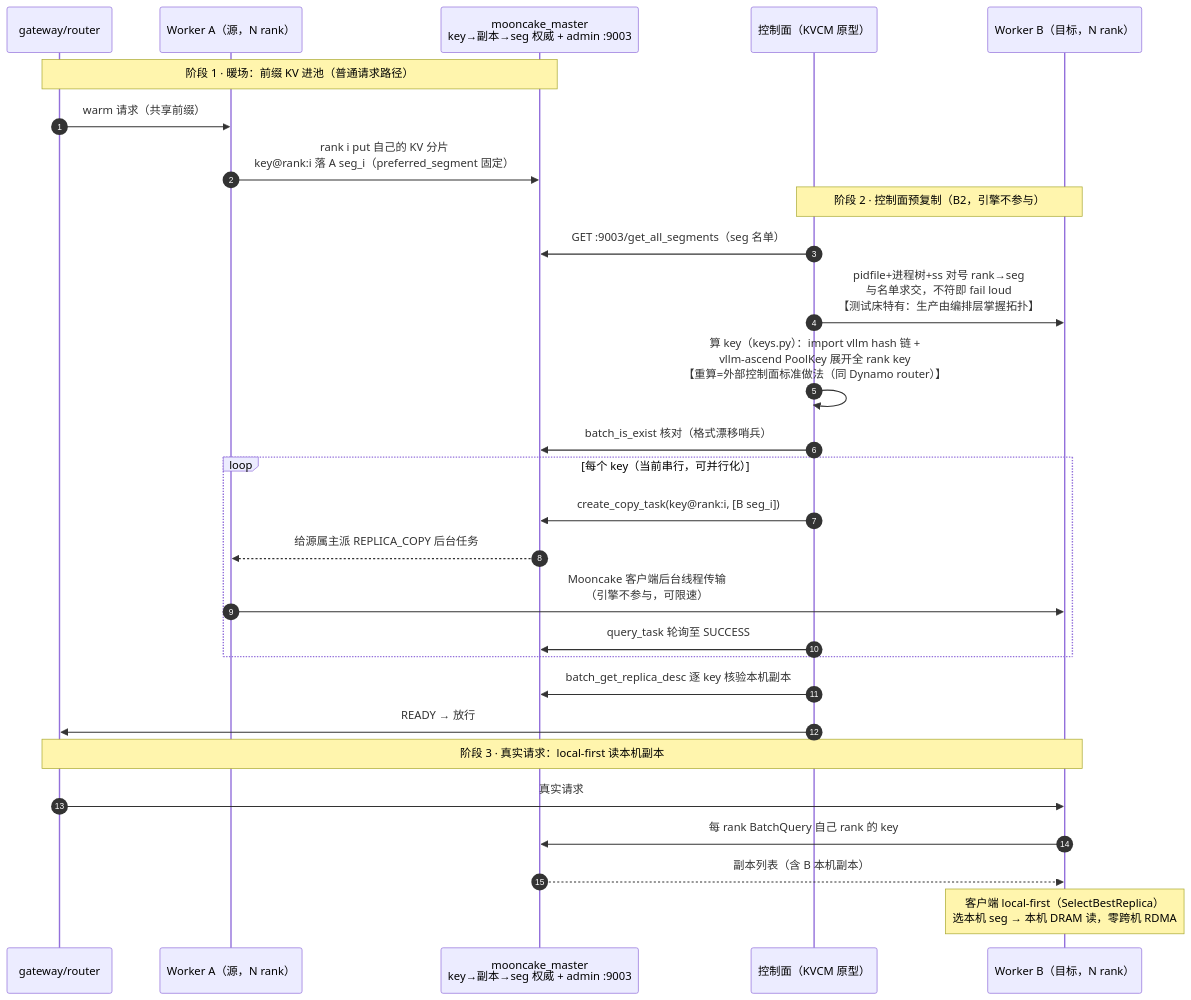
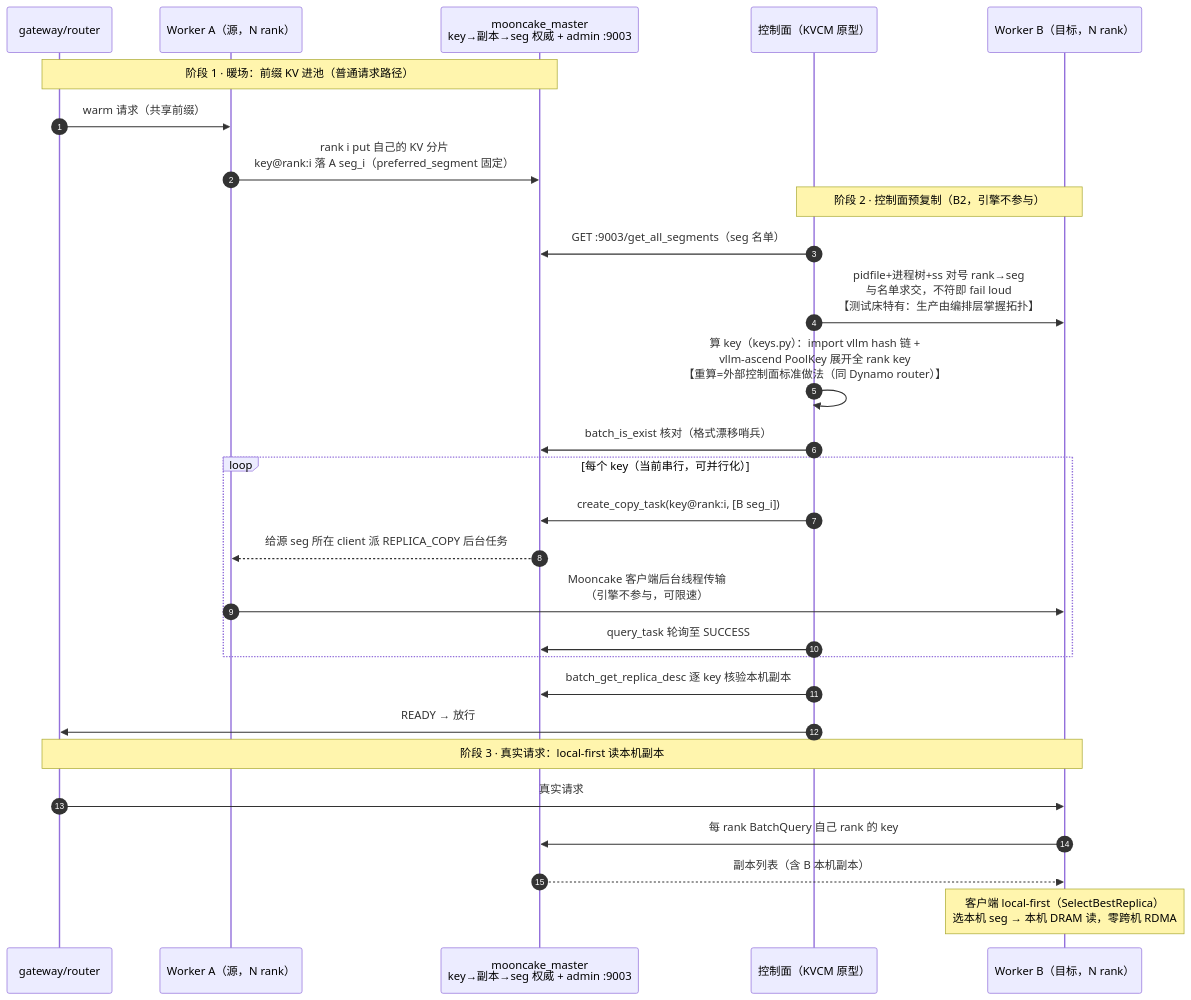
One commit to 5x8-40/lake changed the first of 2 diagrams in kvcm/README.md. Above: the diagram before and after it, drawn with Mermaid. The commit also changed other lines of this file and 6 other files, not shown here.

First line of the commit message:
docs(kvcm): 归属术语澄清 + 归属关系全图，BatchReplicaClear 语义补全 (#62)

````diff
--- a/kvcm/README.md
+++ b/kvcm/README.md
@@ -192,33 +192,33 @@
 ```mermaid
 sequenceDiagram
     autonumber
     participant G as gateway/router
     participant A as Worker A（源，N rank）
     participant M as mooncake_master<br/>key→副本→seg 权威 + admin :9003
     participant CP as 控制面（KVCM 原型）
     participant B as Worker B（目标，N rank）
 
     Note over G,M: 阶段 1 · 暖场：前缀 KV 进池（普通请求路径）
     G->>A: warm 请求（共享前缀）
     A->>M: rank i put 自己的 KV 分片<br/>key@rank:i 落 A seg_i（preferred_segment 固定）
 
     Note over CP,B: 阶段 2 · 控制面预复制（B2，引擎不参与）
     CP->>M: GET :9003/get_all_segments（seg 名单）
     CP->>B: pidfile+进程树+ss 对号 rank→seg<br/>与名单求交，不符即 fail loud<br/>【测试床特有：生产由编排层掌握拓扑】
     CP->>CP: 算 key（keys.py）：import vllm hash 链 +<br/>vllm-ascend PoolKey 展开全 rank key<br/>【重算=外部控制面标准做法（同 Dynamo router）】
     CP->>M: batch_is_exist 核对（格式漂移哨兵）
     loop 每个 key（当前串行，可并行化）
         CP->>M: create_copy_task(key@rank:i, [B seg_i])
-        M-->>A: 给源属主派 REPLICA_COPY 后台任务
+        M-->>A: 给源 seg 所在 client 派 REPLICA_COPY 后台任务
         A->>B: Mooncake 客户端后台线程传输<br/>（引擎不参与，可限速）
         CP->>M: query_task 轮询至 SUCCESS
     end
     CP->>M: batch_get_replica_desc 逐 key 核验本机副本
     CP->>G: READY → 放行
 
     Note over G,B: 阶段 3 · 真实请求：local-first 读本机副本
     G->>B: 真实请求
     B->>M: 每 rank BatchQuery 自己 rank 的 key
     M-->>B: 副本列表（含 B 本机副本）
     Note over B: 客户端 local-first（SelectBestReplica）<br/>选本机 seg → 本机 DRAM 读，零跨机 RDMA
 ```
````
